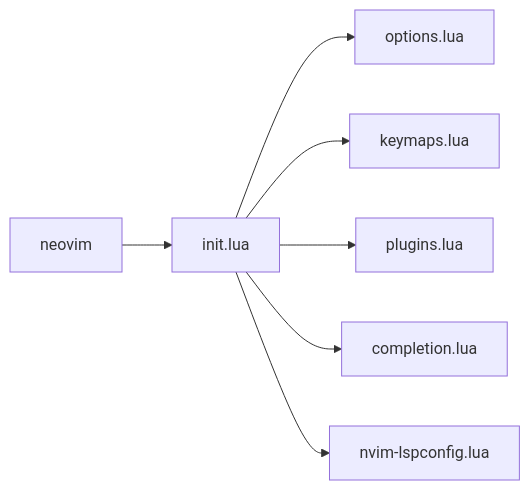
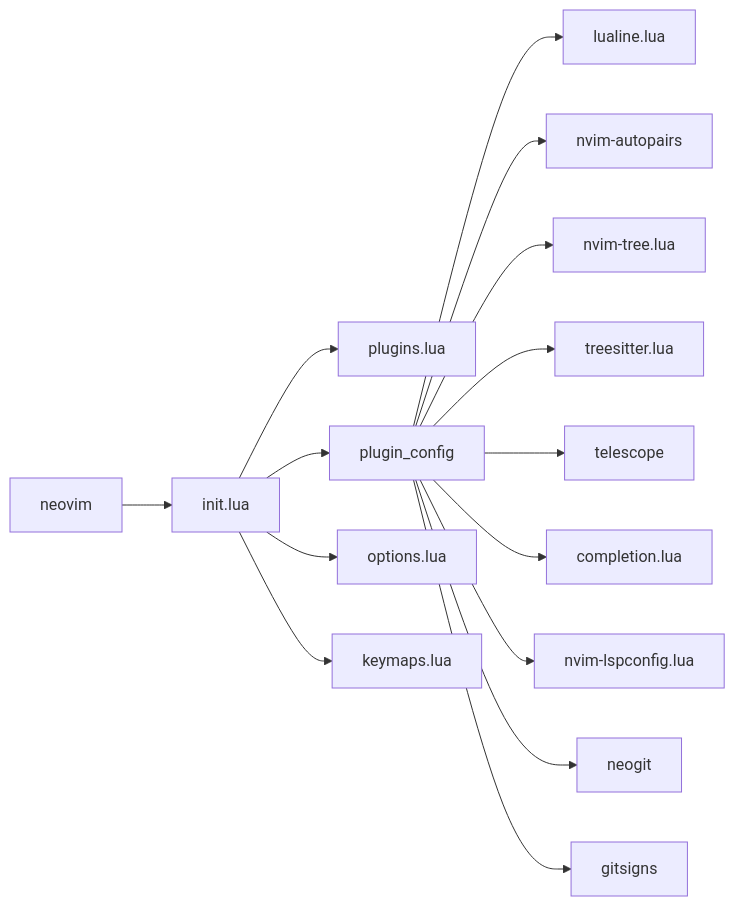
Before and after one commit to jpnt/nvim-config: the diagram in README.md, drawn with Mermaid. The commit also changed other lines of this file and 19 other files, not shown here.

````diff
--- a/README.md
+++ b/README.md
@@ -30,9 +38,19 @@
 ```mermaid
 graph LR;
     neovim-->init.lua;
+
+    init.lua-->plugins.lua;
+    init.lua-->plugin_config;
     init.lua-->options.lua;
     init.lua-->keymaps.lua;
-    init.lua-->plugins.lua;
-    init.lua-->completion.lua;
-    init.lua-->nvim-lspconfig.lua;
+
+    plugin_config-->lualine.lua;
+    plugin_config-->nvim-autopairs;
+    plugin_config-->nvim-tree.lua;
+    plugin_config-->treesitter.lua;
+    plugin_config-->telescope;
+    plugin_config-->completion.lua;
+    plugin_config-->nvim-lspconfig.lua;
+    plugin_config-->neogit;
+    plugin_config-->gitsigns;
 ```
````
